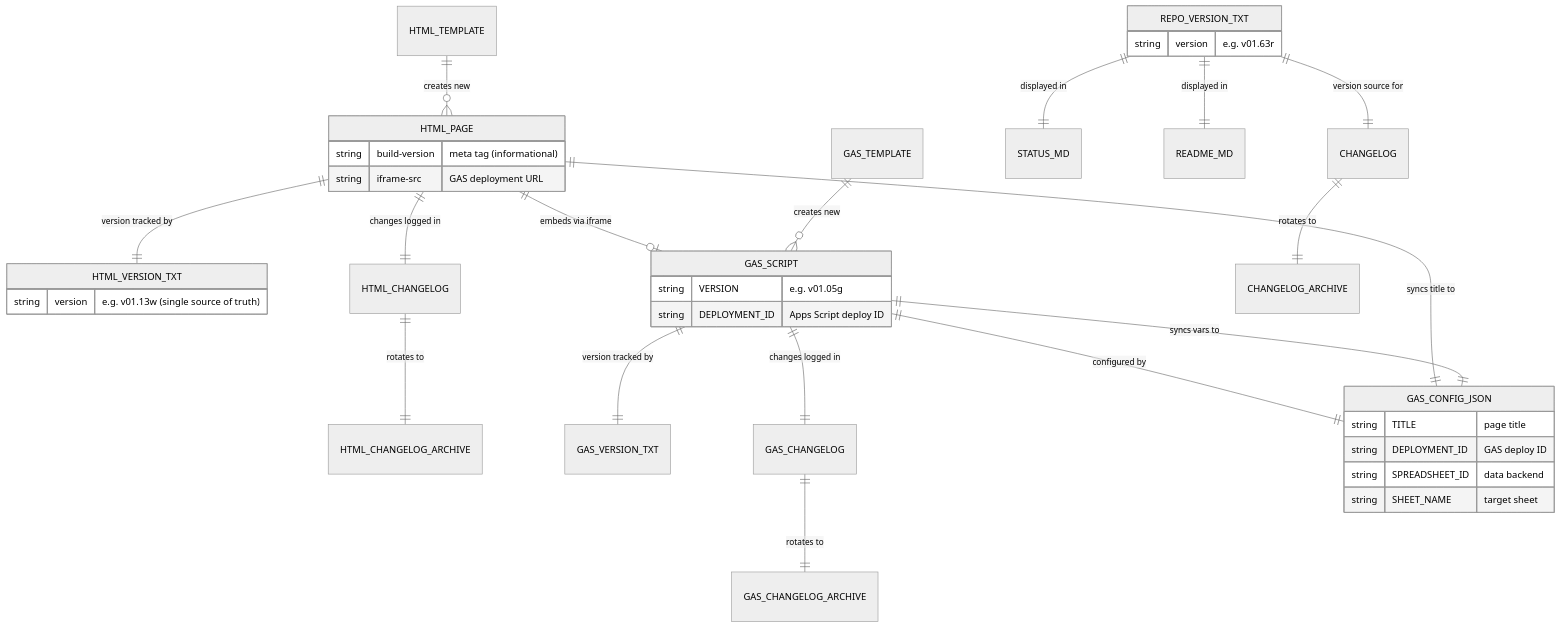
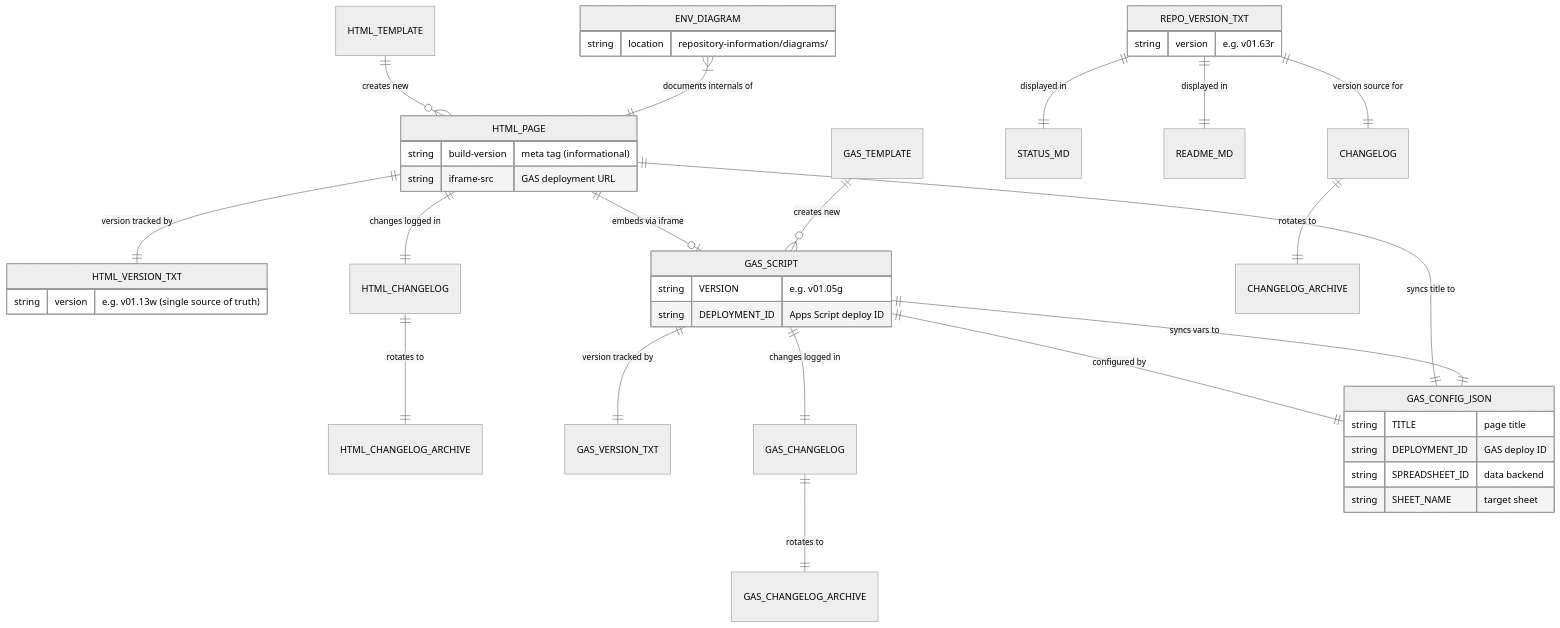
One commit to ShadowAISolutions/saistemplateprojectrepo changed the fifth of 6 diagrams in repository-information/REPO-ARCHITECTURE.md. Above: the diagram before and after it, drawn with Mermaid (neutral theme). The commit also changed other lines of this file and 4 other files, not shown here.

First line of the commit message:
v01.99r Simplify REPO-ARCHITECTURE.md — environments as nodes, internals in per-environment diagrams

````diff
--- a/repository-information/REPO-ARCHITECTURE.md
+++ b/repository-information/REPO-ARCHITECTURE.md
@@ -358,44 +261,49 @@
 ```mermaid
 erDiagram
     HTML_PAGE ||--|| HTML_VERSION_TXT : "version tracked by"
     HTML_PAGE ||--|| HTML_CHANGELOG : "changes logged in"
     HTML_PAGE ||--o| GAS_SCRIPT : "embeds via iframe"
     HTML_CHANGELOG ||--|| HTML_CHANGELOG_ARCHIVE : "rotates to"
 
     GAS_SCRIPT ||--|| GAS_VERSION_TXT : "version tracked by"
     GAS_SCRIPT ||--|| GAS_CHANGELOG : "changes logged in"
     GAS_SCRIPT ||--|| GAS_CONFIG_JSON : "configured by"
     GAS_CHANGELOG ||--|| GAS_CHANGELOG_ARCHIVE : "rotates to"
 
     GAS_CONFIG_JSON ||--|| HTML_PAGE : "syncs title to"
     GAS_CONFIG_JSON ||--|| GAS_SCRIPT : "syncs vars to"
 
     REPO_VERSION_TXT ||--|| CHANGELOG : "version source for"
     CHANGELOG ||--|| CHANGELOG_ARCHIVE : "rotates to"
     REPO_VERSION_TXT ||--|| STATUS_MD : "displayed in"
     REPO_VERSION_TXT ||--|| README_MD : "displayed in"
 
     HTML_TEMPLATE ||--o{ HTML_PAGE : "creates new"
     GAS_TEMPLATE ||--o{ GAS_SCRIPT : "creates new"
 
+    ENV_DIAGRAM }|--|| HTML_PAGE : "documents internals of"
+
     HTML_PAGE {
         string build-version "meta tag (informational)"
         string iframe-src "GAS deployment URL"
     }
     HTML_VERSION_TXT {
         string version "e.g. v01.13w (single source of truth)"
     }
     GAS_SCRIPT {
         string VERSION "e.g. v01.05g"
         string DEPLOYMENT_ID "Apps Script deploy ID"
     }
     GAS_CONFIG_JSON {
         string TITLE "page title"
         string DEPLOYMENT_ID "GAS deploy ID"
         string SPREADSHEET_ID "data backend"
         string SHEET_NAME "target sheet"
     }
     REPO_VERSION_TXT {
         string version "e.g. v01.63r"
     }
+    ENV_DIAGRAM {
+        string location "repository-information/diagrams/"
+    }
 ```
````
